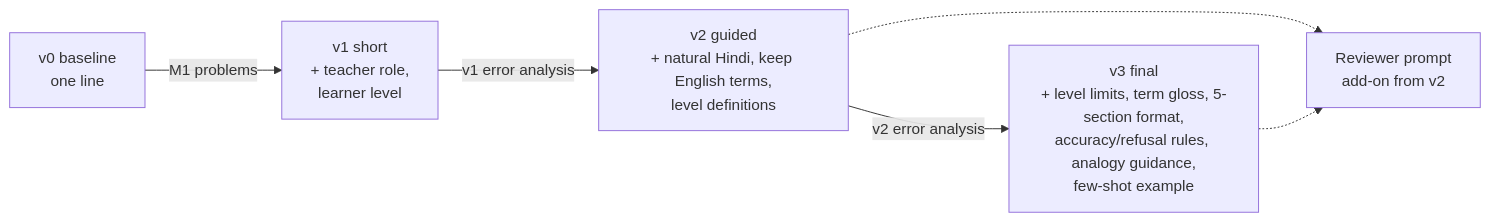
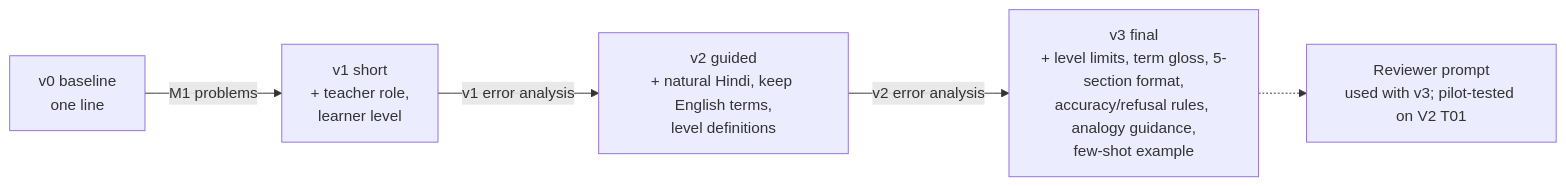
Before and after one commit to jnsuhani/matrabhasha.ai: the second of 3 diagrams in design/design.md, drawn with Mermaid. The commit also changed other lines of this file and 10 other files, not shown here.

Commit message:
Move reviewer to the final prompt; keep T01 reviewer pilot run (Suhani)

````diff
--- a/design/design.md
+++ b/design/design.md
@@ -44,8 +44,7 @@
 ```mermaid
 flowchart LR
     V0[v0 baseline<br/>one line] -->|M1 problems| V1[v1 short<br/>+ teacher role,<br/>learner level]
     V1 -->|v1 error analysis| V2[v2 guided<br/>+ natural Hindi, keep English terms,<br/>level definitions]
     V2 -->|v2 error analysis| V3[v3 final<br/>+ level limits, term gloss, 5-section format,<br/>accuracy/refusal rules, analogy guidance,<br/>few-shot example]
-    V2 -.-> R[Reviewer prompt<br/>add-on from v2]
-    V3 -.-> R
+    V3 -.-> R[Reviewer prompt<br/>used with v3; pilot-tested on V2 T01]
 ```
````
